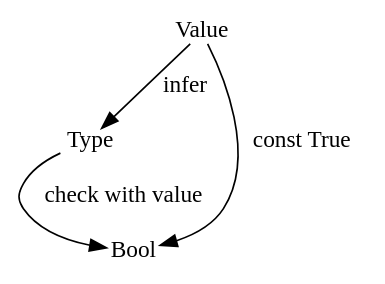
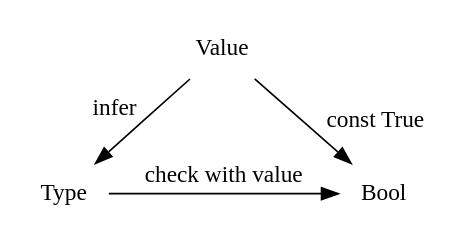
The first of 2 diagrams in towards-better-union.md (mgajda/less-arbitrary), drawn with Graphviz before and after one commit. The commit also changed other lines of this file, not shown here.

````diff
--- a/towards-better-union.md
+++ b/towards-better-union.md
@@ -100,8 +100,12 @@
 ```dot { width=45% height=14% #fig:type-commutes }
 digraph type {
-  node [shape=plain];
-  Value -> Type [label="infer"];
+  node [shape=box,color=white];
+  subgraph g {
+    Bool; Type;
+    rank=same;
+  }
+  Value -> Type [xlabel="infer"];
   Type -> Bool [label="check with value"];
   Value -> Bool [label="const True"];
 }
 ```
````
